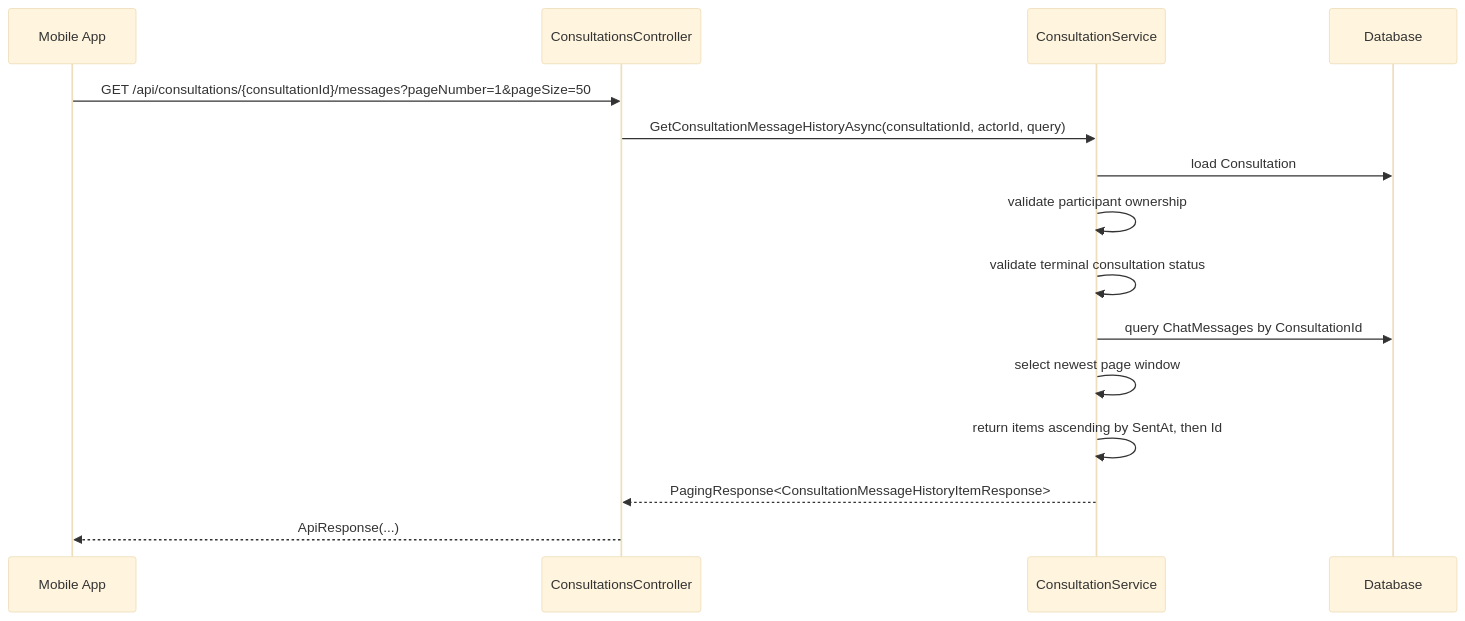
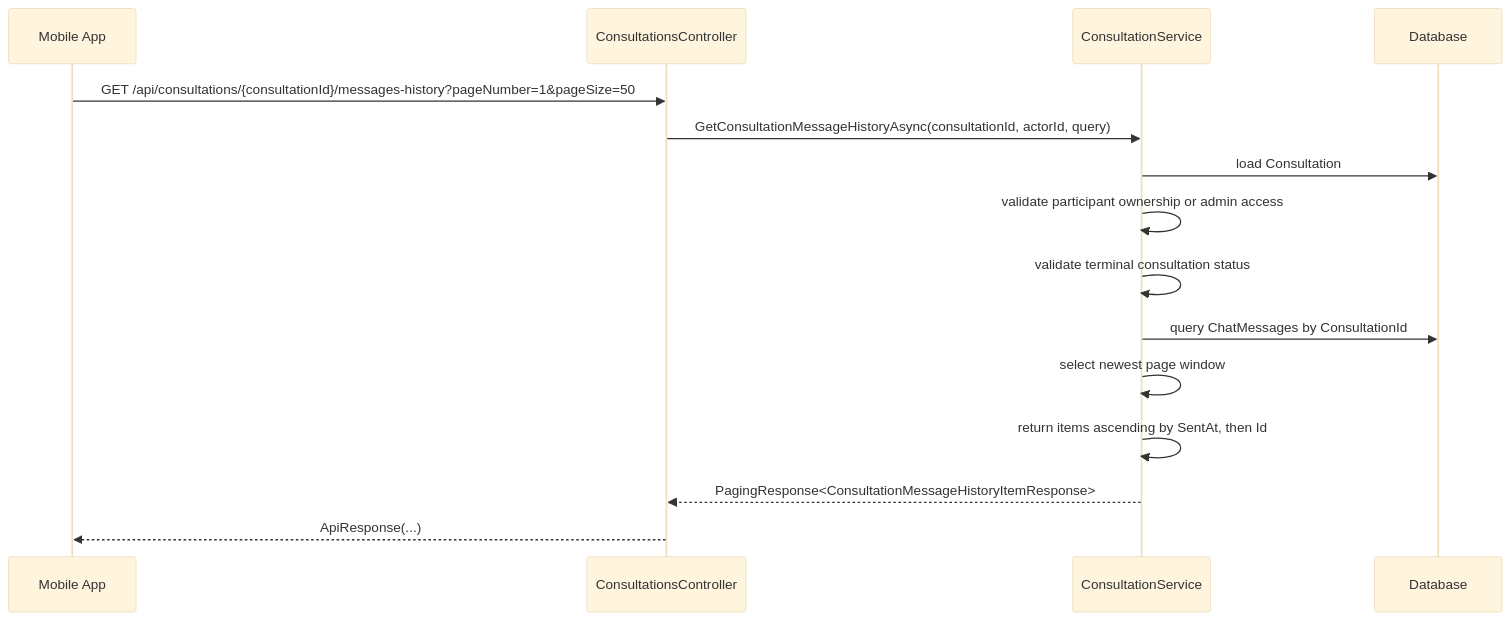
Before and after one commit to Snake-AID/SnakeAid.Docs: the third of 3 diagrams in Docs/05-Backend/02-layers/consultation-message-history/consultation-message-history.sourcecode.md, drawn with Mermaid (base theme). The commit also changed other lines of this file and 3 other files, not shown here.

First line of the commit message:
docs(consultation-message-history): update documentation to reflect implementation of message history API

````diff
--- a/Docs/05-Backend/02-layers/consultation-message-history/consultation-message-history.sourcecode.md
+++ b/Docs/05-Backend/02-layers/consultation-message-history/consultation-message-history.sourcecode.md
@@ -172,18 +173,18 @@
 ```mermaid
 sequenceDiagram
     participant App as Mobile App
     participant API as ConsultationsController
     participant Service as ConsultationService
     participant DB as Database
 
-    App->>API: GET /api/consultations/{consultationId}/messages?pageNumber=1&pageSize=50
+    App->>API: GET /api/consultations/{consultationId}/messages-history?pageNumber=1&pageSize=50
     API->>Service: GetConsultationMessageHistoryAsync(consultationId, actorId, query)
     Service->>DB: load Consultation
-    Service->>Service: validate participant ownership
+    Service->>Service: validate participant ownership or admin access
     Service->>Service: validate terminal consultation status
     Service->>DB: query ChatMessages by ConsultationId
     Service->>Service: select newest page window
     Service->>Service: return items ascending by SentAt, then Id
     Service-->>API: PagingResponse<ConsultationMessageHistoryItemResponse>
     API-->>App: ApiResponse(...)
 ```
````
